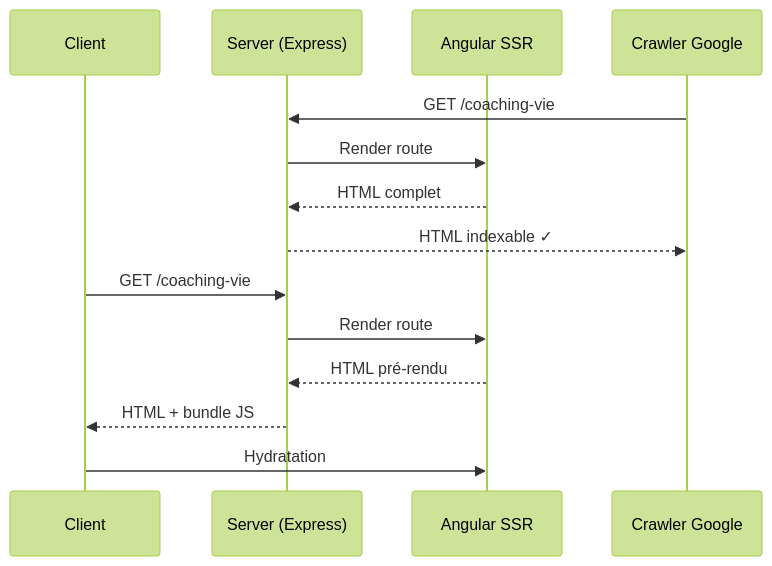
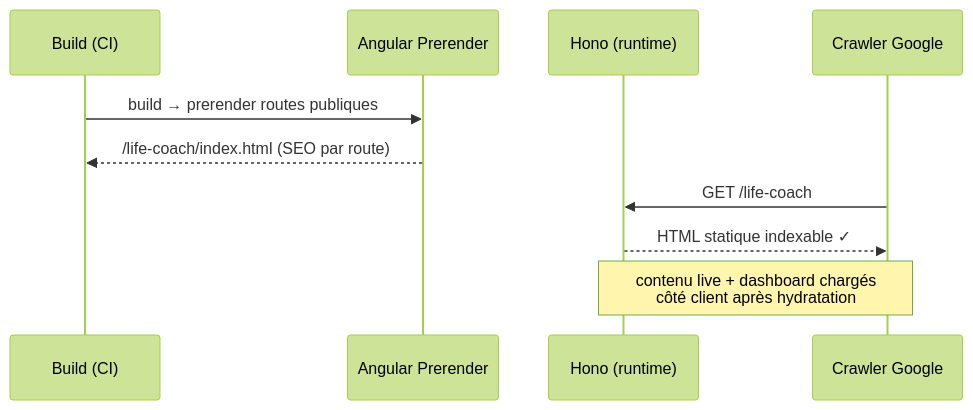
Before and after one commit to j-ned/coaching-life: the diagram in README.md, drawn with Mermaid (forest theme). The commit also changed other lines of this file and 20 other files, not shown here.

First line of the commit message:
feat(seo): ajoute le prérendu des pages publiques pour améliorer le référencement naturel

````diff
--- a/README.md
+++ b/README.md
@@ -70,18 +70,13 @@
 ```mermaid
 sequenceDiagram
-  participant C as Client
-  participant S as Server (Express)
-  participant A as Angular SSR
+  participant B as Build (CI)
+  participant A as Angular Prerender
+  participant H as Hono (runtime)
   participant G as Crawler Google
 
-  G->>S: GET /coaching-vie
-  S->>A: Render route
-  A-->>S: HTML complet
-  S-->>G: HTML indexable ✓
-
-  C->>S: GET /coaching-vie
-  S->>A: Render route
-  A-->>S: HTML pré-rendu
-  S-->>C: HTML + bundle JS
-  C->>A: Hydratation
+  B->>A: build → prerender routes publiques
+  A-->>B: /life-coach/index.html (SEO par route)
+  G->>H: GET /life-coach
+  H-->>G: HTML statique indexable ✓
+  Note over H,G: contenu live + dashboard chargés<br/>côté client après hydratation
 ```
````
